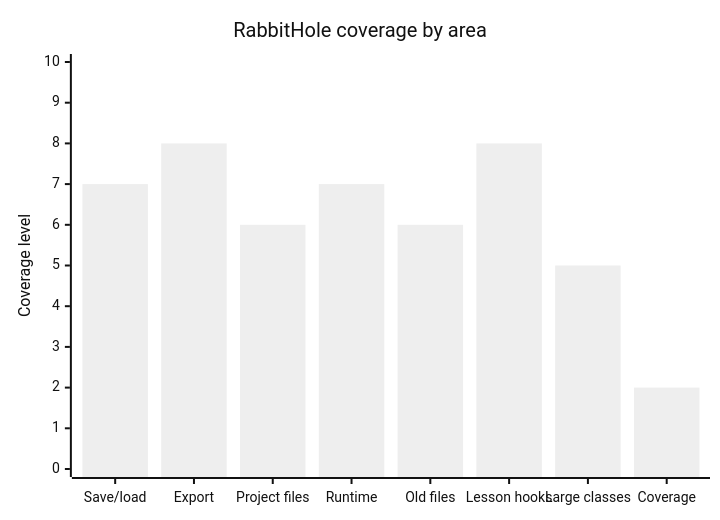
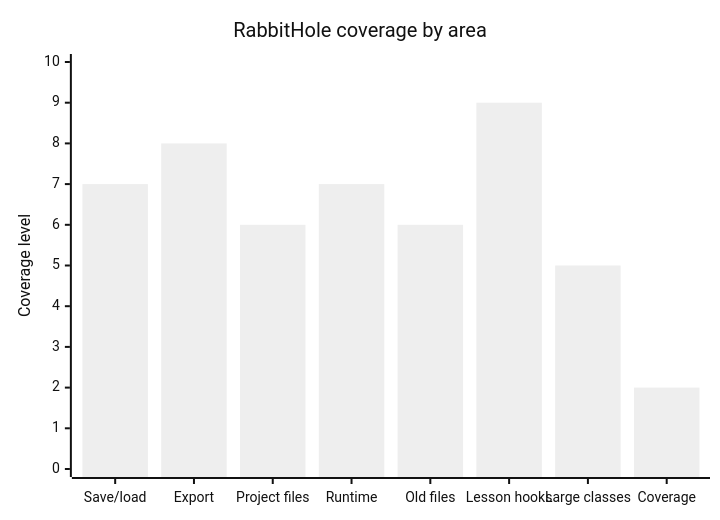
Before and after one commit to rysweet/drinkme: the third of 6 diagrams in README.md, drawn with Mermaid (neutral theme). The commit also changed other lines of this file and 2 other files, not shown here.

````diff
--- a/README.md
+++ b/README.md
@@ -78,7 +78,7 @@
 ```mermaid
 xychart-beta
   title "RabbitHole coverage by area"
   x-axis ["Save/load", "Export", "Project files", "Runtime", "Old files", "Lesson hooks", "Large classes", "Coverage"]
   y-axis "Coverage level" 0 --> 10
-  bar [7, 8, 6, 7, 6, 8, 5, 2]
+  bar [7, 8, 6, 7, 6, 9, 5, 2]
 ```
````
